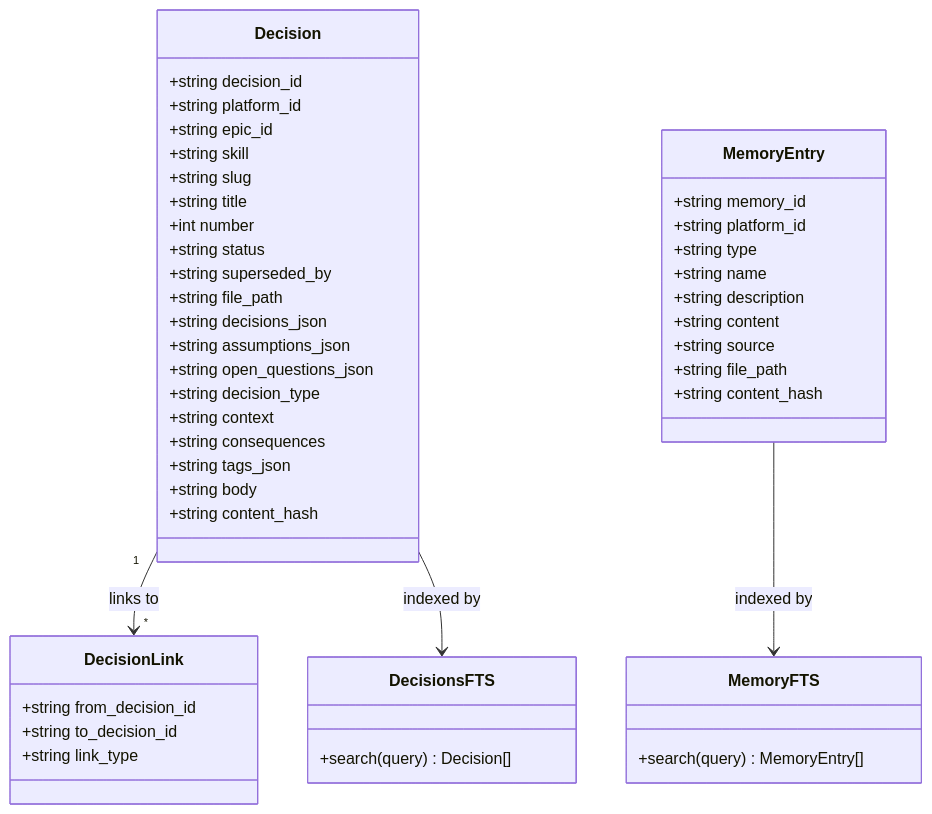
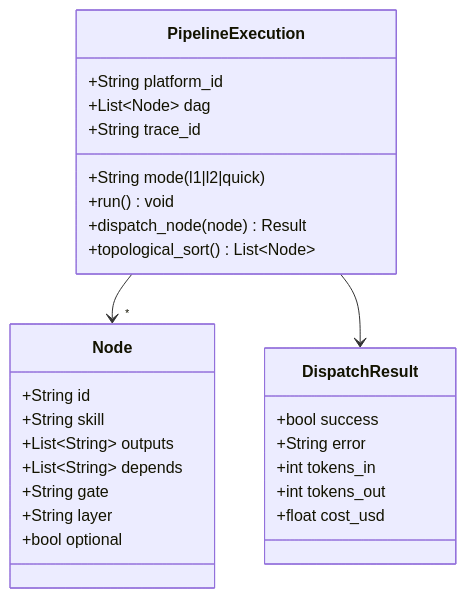
Before and after one commit to paceautomations/madruga.ai: the second of 7 diagrams in platforms/madruga-ai/engineering/domain-model.md, drawn with Mermaid. The commit also changed other lines of this file and 145 other files, not shown here.

First line of the commit message:
feat: epic 022 — LikeC4 → Mermaid migration

````diff
--- a/platforms/madruga-ai/engineering/domain-model.md
+++ b/platforms/madruga-ai/engineering/domain-model.md
@@ -391,54 +64,30 @@
 ```mermaid
 classDiagram
-    class Decision {
-        +string decision_id
-        +string platform_id
-        +string epic_id
-        +string skill
-        +string slug
-        +string title
-        +int number
-        +string status
-        +string superseded_by
-        +string file_path
-        +string decisions_json
-        +string assumptions_json
-        +string open_questions_json
-        +string decision_type
-        +string context
-        +string consequences
-        +string tags_json
-        +string body
-        +string content_hash
+    class PipelineExecution {
+        +String platform_id
+        +String mode (l1|l2|quick)
+        +List~Node~ dag
+        +String trace_id
+        +run() void
+        +dispatch_node(node) Result
+        +topological_sort() List~Node~
     }
-
-    class DecisionLink {
-        +string from_decision_id
-        +string to_decision_id
-        +string link_type
+    class Node {
+        +String id
+        +String skill
+        +List~String~ outputs
+        +List~String~ depends
+        +String gate
+        +String layer
+        +bool optional
     }
-
-    class MemoryEntry {
-        +string memory_id
-        +string platform_id
-        +string type
-        +string name
-        +string description
-        +string content
-        +string source
-        +string file_path
-        +string content_hash
+    class DispatchResult {
+        +bool success
+        +String error
+        +int tokens_in
+        +int tokens_out
+        +float cost_usd
     }
-
-    class DecisionsFTS {
-        +search(query) Decision[]
-    }
-
-    class MemoryFTS {
-        +search(query) MemoryEntry[]
-    }
-
-    Decision "1" --> "*" DecisionLink : links to
-    Decision --> DecisionsFTS : indexed by
-    MemoryEntry --> MemoryFTS : indexed by
+    PipelineExecution --> "*" Node
+    PipelineExecution --> DispatchResult
 ```
````
